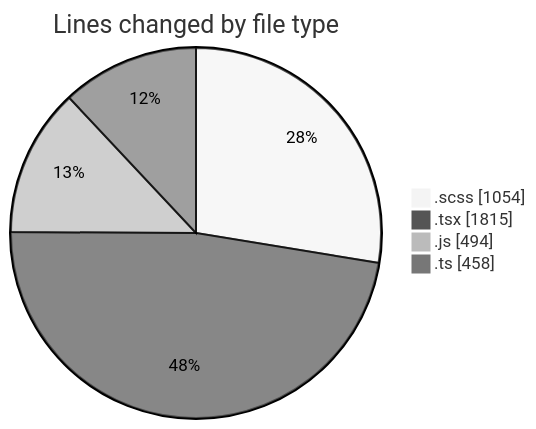
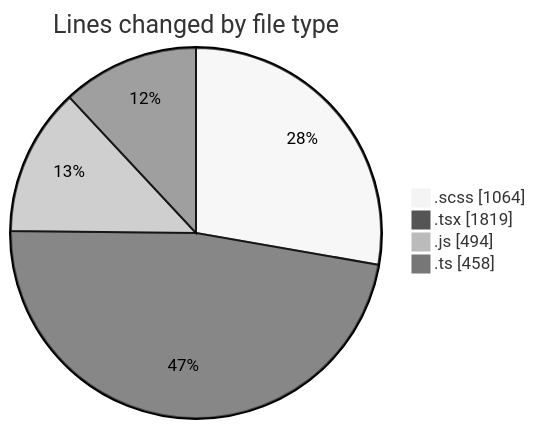
Before and after one commit to momahboobian/code-tracking: the first of 2 diagrams in 2025-03-14/cda/README.md, drawn with Mermaid (neutral theme). The commit also changed other lines of this file and 1 other file, not shown here.

````diff
--- a/2025-03-14/cda/README.md
+++ b/2025-03-14/cda/README.md
@@ -40,8 +40,8 @@
 ```mermaid
 pie showData
 title Lines changed by file type
-".scss" : 1054
-".tsx" : 1815
+".scss" : 1064
+".tsx" : 1819
 ".js" : 494
 ".ts" : 458
 ```
````
